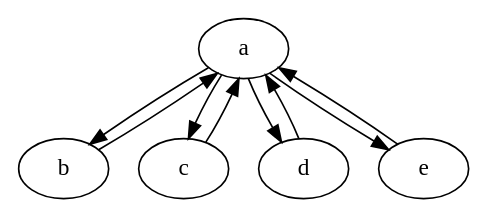
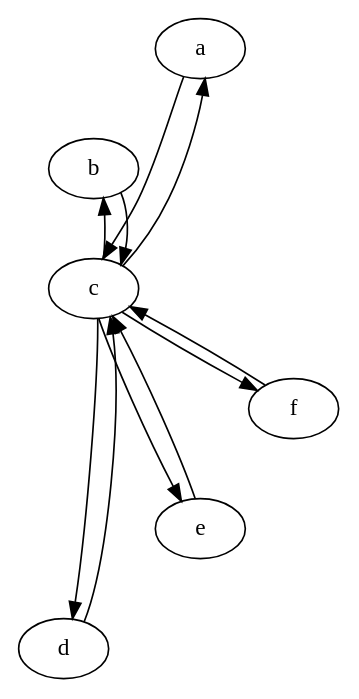
Before and after one commit to create-ensemble/feedback: the diagram in diagram/star.dot, drawn with Graphviz. The commit also changed 13 other files, not shown here.

Commit message:
added a bunch of diagrams for paper

```diff
--- a/diagram/star.dot
+++ b/diagram/star.dot
@@ -1,4 +1,8 @@
 digraph star {
-  a -> {b c d e}
-  {b c d e} -> a
+  a -> b -> c -> d -> e -> f -> a [style=invis]
+  a -> f -> e -> d -> c -> b -> a [style=invis]
+  c -> {d e f a b}
+       {d e f a b} -> c
+  //a -> {b c d e f}
+  //{b c d e f} -> a
 }
```
